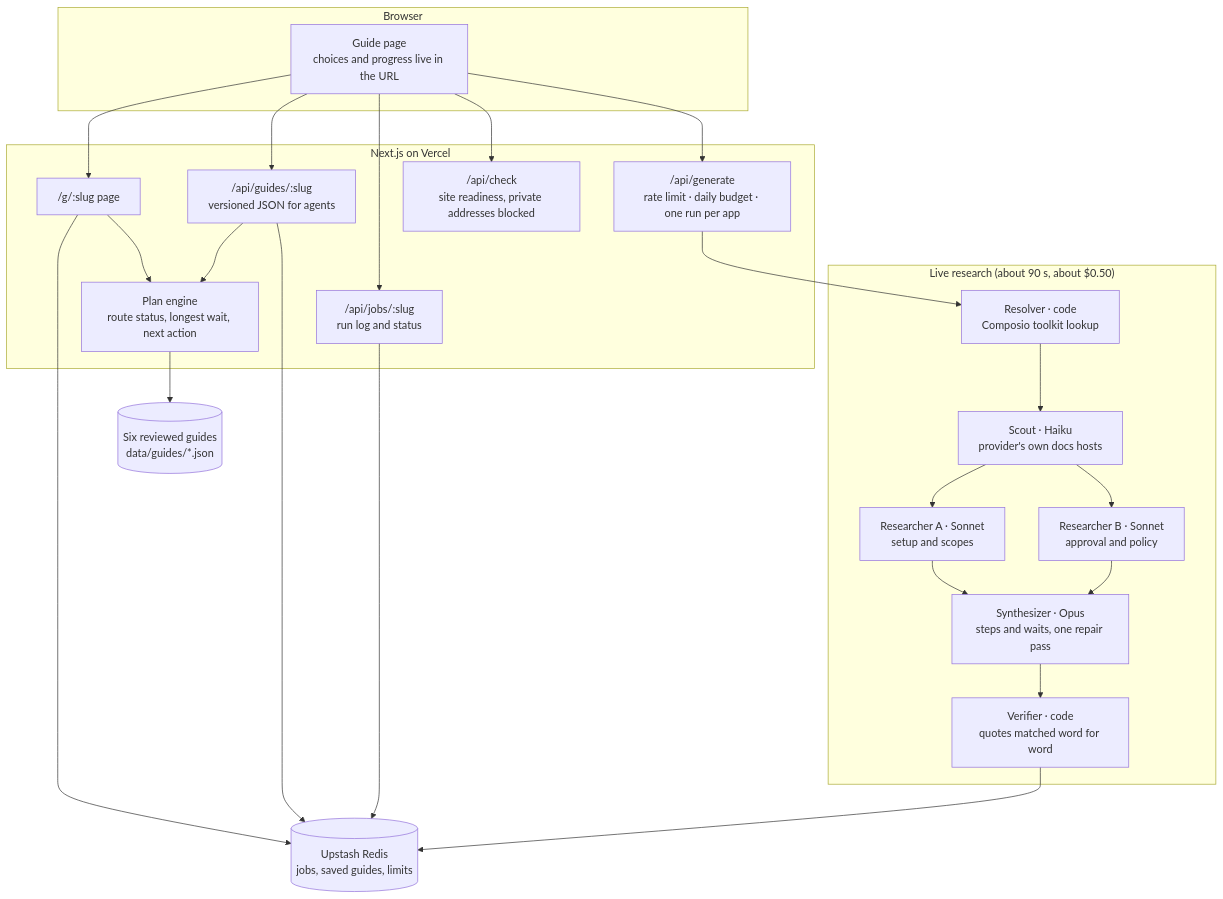
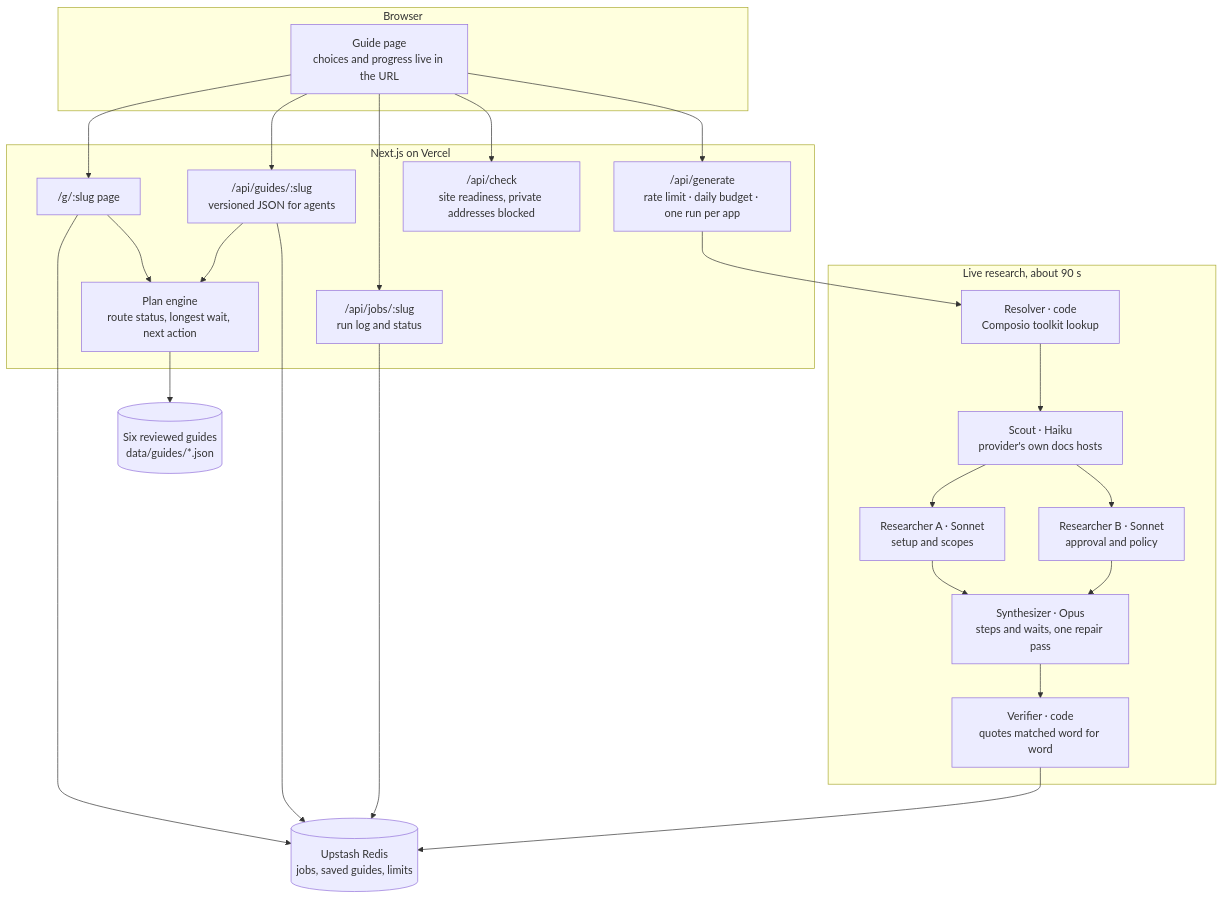
Before and after one commit to nanddave/clearance-oauth: the second of 2 diagrams in README.md, drawn with Mermaid. The commit also changed 3 other files, not shown here.

Commit message:
fix: share link updates instantly; Composio lookup accepts user API keys; diagram title fits

````diff
--- a/README.md
+++ b/README.md
@@ -42,29 +42,29 @@
 ```mermaid
 flowchart TB
   subgraph Browser
     UI["Guide page<br/>choices and progress live in the URL"]
   end
   subgraph App["Next.js on Vercel"]
     G["/g/:slug page"]
     J["/api/guides/:slug<br/>versioned JSON for agents"]
     GEN["/api/generate<br/>rate limit · daily budget · one run per app"]
     POLL["/api/jobs/:slug<br/>run log and status"]
     CHK["/api/check<br/>site readiness, private addresses blocked"]
     ENG["Plan engine<br/>route status, longest wait, next action"]
   end
-  subgraph Research["Live research (about 90 s, about $0.50)"]
+  subgraph Research["Live research, about 90 s"]
     R["Resolver · code<br/>Composio toolkit lookup"]
     S["Scout · Haiku<br/>provider's own docs hosts"]
     RA["Researcher A · Sonnet<br/>setup and scopes"]
     RB["Researcher B · Sonnet<br/>approval and policy"]
     SY["Synthesizer · Opus<br/>steps and waits, one repair pass"]
     V["Verifier · code<br/>quotes matched word for word"]
   end
   DATA[("Six reviewed guides<br/>data/guides/*.json")]
   KV[("Upstash Redis<br/>jobs, saved guides, limits")]
   UI --> G & J & GEN & POLL & CHK
   G & J --> ENG
   ENG --> DATA
   G & J & POLL --> KV
   GEN --> R --> S --> RA & RB --> SY --> V --> KV
 ```
````
